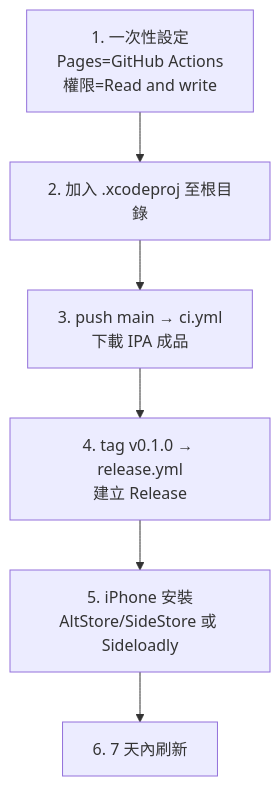
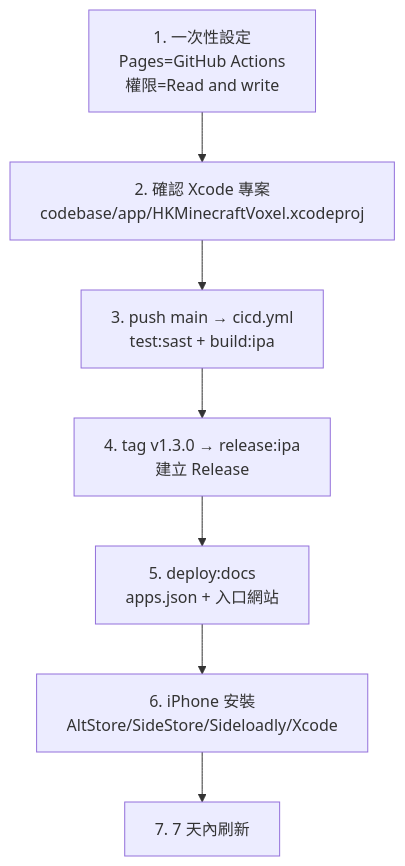
Before and after one commit to Mcc-Mak/ios-app: the diagram in docbase/quick-start.md, drawn with Mermaid. The commit also changed other lines of this file and 28 other files, not shown here.

First line of the commit message:
feat: 整併為單一工作流程 cicd.yml 並重寫入口網站側載教學

````diff
--- a/docbase/quick-start.md
+++ b/docbase/quick-start.md
@@ -5,8 +5,9 @@
 ```mermaid
 flowchart TD
-  A["1. 一次性設定<br/>Pages=GitHub Actions<br/>權限=Read and write"] --> B["2. 加入 .xcodeproj 至根目錄"]
-  B --> C["3. push main → ci.yml<br/>下載 IPA 成品"]
-  C --> D["4. tag v0.1.0 → release.yml<br/>建立 Release"]
-  D --> E["5. iPhone 安裝<br/>AltStore/SideStore 或 Sideloadly"]
-  E --> F["6. 7 天內刷新"]
+  A["1. 一次性設定<br/>Pages=GitHub Actions<br/>權限=Read and write"] --> B["2. 確認 Xcode 專案<br/>codebase/app/HKMinecraftVoxel.xcodeproj"]
+  B --> C["3. push main → cicd.yml<br/>test:sast + build:ipa"]
+  C --> D["4. tag v1.3.0 → release:ipa<br/>建立 Release"]
+  D --> E["5. deploy:docs<br/>apps.json + 入口網站"]
+  E --> F["6. iPhone 安裝<br/>AltStore/SideStore/Sideloadly/Xcode"]
+  F --> G["7. 7 天內刷新"]
 ```
````
